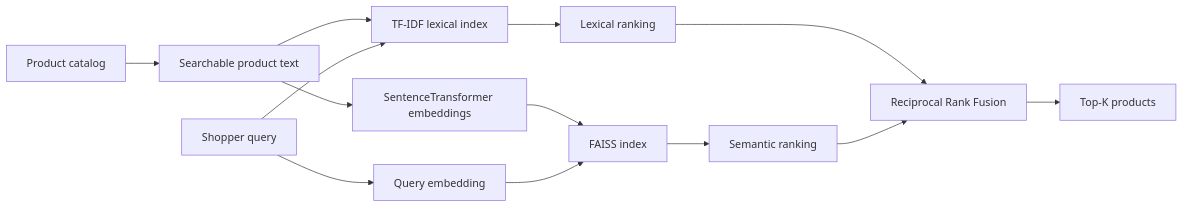
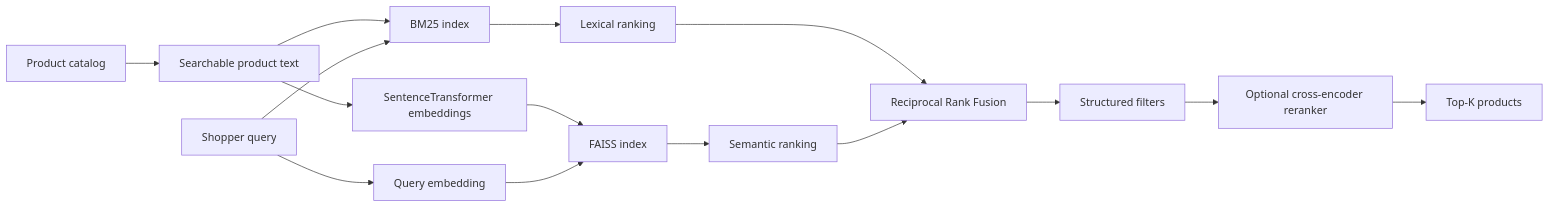
One commit to shruthiamruthnath/mytestapp changed the diagram in README.md. Above: the diagram before and after it, drawn with Mermaid. The commit also changed other lines of this file, not shown here.

Commit message:
Document BM25 reranking filters and demo

````diff
--- a/README.md
+++ b/README.md
@@ -22,15 +21,17 @@
 ```mermaid
 flowchart LR
     C[Product catalog] --> T[Searchable product text]
-    T --> L[TF-IDF lexical index]
+    T --> B[BM25 index]
     T --> E[SentenceTransformer embeddings]
     E --> F[FAISS index]
-    Q[Shopper query] --> L
+    Q[Shopper query] --> B
     Q --> QE[Query embedding]
     QE --> F
-    L --> LR[Lexical ranking]
+    B --> BR[Lexical ranking]
     F --> SR[Semantic ranking]
-    LR --> RRF[Reciprocal Rank Fusion]
+    BR --> RRF[Reciprocal Rank Fusion]
     SR --> RRF
-    RRF --> K[Top-K products]
+    RRF --> FL[Structured filters]
+    FL --> RR[Optional cross-encoder reranker]
+    RR --> K[Top-K products]
 ```
````
